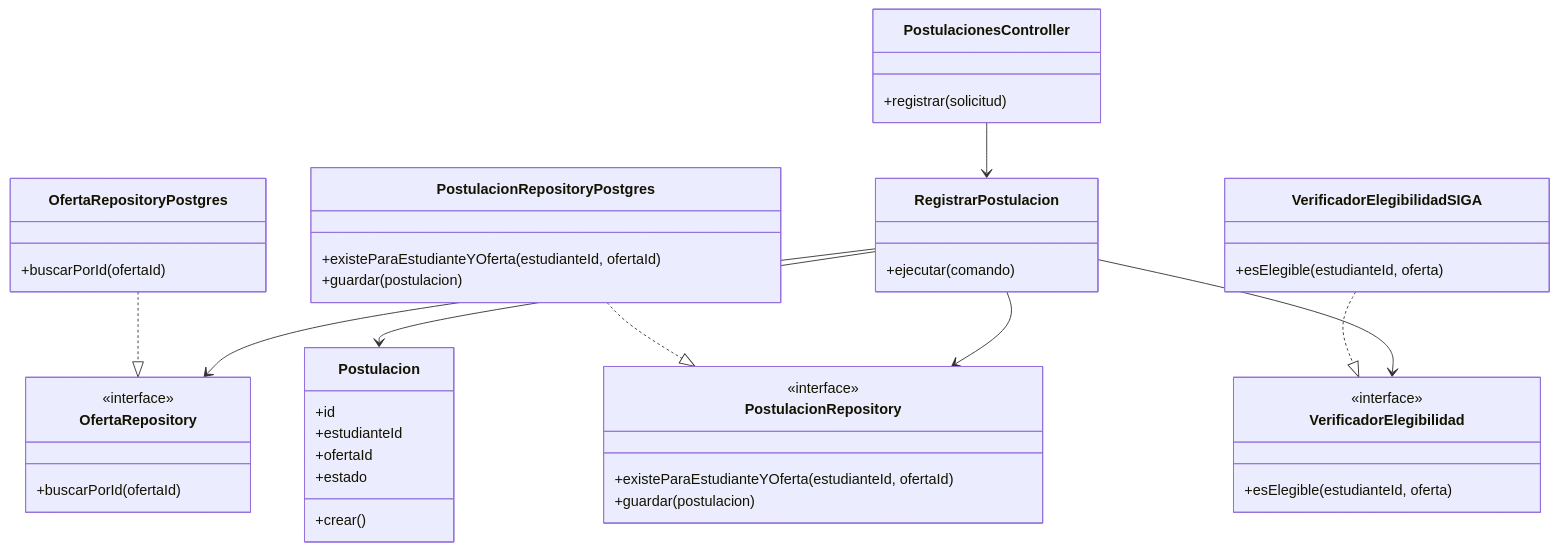
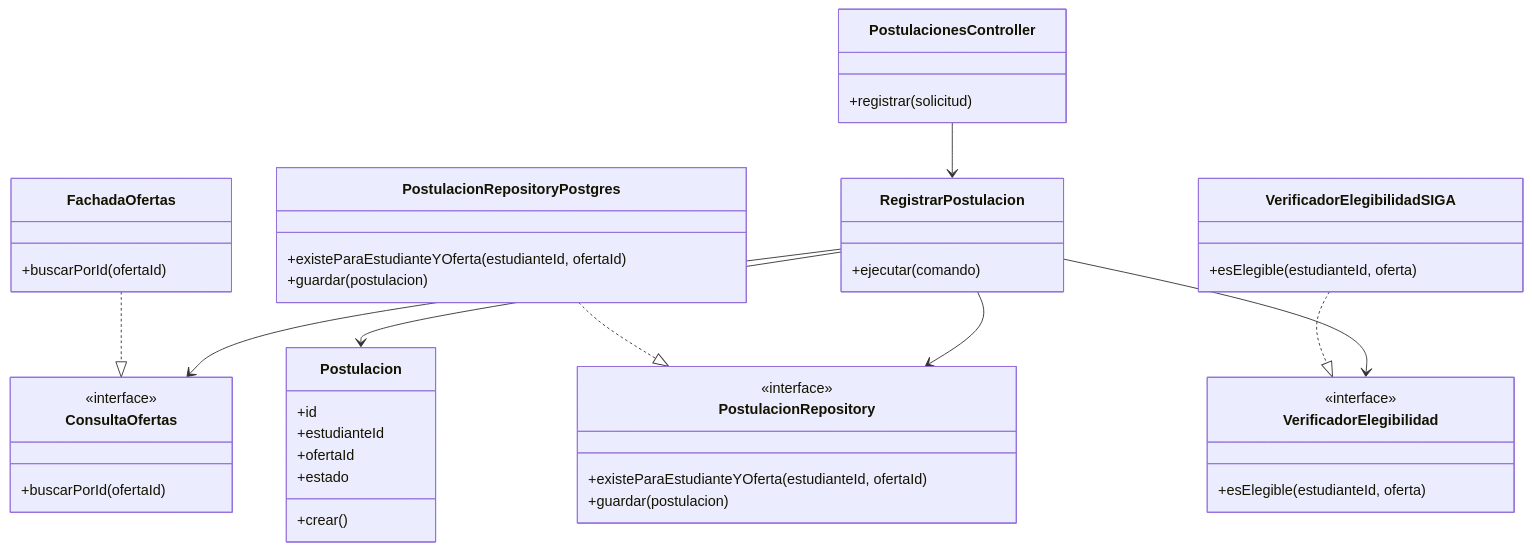
One commit to Jhoncode987/Sistema-de-Gestion-y-Publicacion-Practicas-Preprofesionales changed the fourth of 4 diagrams in docs/02-arquitectura/diagramas-c4/diagramas-c4.md. Above: the diagram before and after it, drawn with Mermaid. The commit also changed other lines of this file and 13 other files, not shown here.

Commit message:
docs: conservar arquitectura y diagramas originales y detallar los siete módulos

````diff
--- a/docs/02-arquitectura/diagramas-c4/diagramas-c4.md
+++ b/docs/02-arquitectura/diagramas-c4/diagramas-c4.md
@@ -158,48 +165,48 @@
 ```mermaid
 classDiagram
     class PostulacionesController {
         +registrar(solicitud)
     }
     class RegistrarPostulacion {
         +ejecutar(comando)
     }
     class Postulacion {
         +id
         +estudianteId
         +ofertaId
         +estado
         +crear()
     }
-    class OfertaRepository {
+    class ConsultaOfertas {
         <<interface>>
         +buscarPorId(ofertaId)
     }
     class PostulacionRepository {
         <<interface>>
         +existeParaEstudianteYOferta(estudianteId, ofertaId)
         +guardar(postulacion)
     }
     class VerificadorElegibilidad {
         <<interface>>
         +esElegible(estudianteId, oferta)
     }
-    class OfertaRepositoryPostgres {
+    class FachadaOfertas {
         +buscarPorId(ofertaId)
     }
     class PostulacionRepositoryPostgres {
         +existeParaEstudianteYOferta(estudianteId, ofertaId)
         +guardar(postulacion)
     }
     class VerificadorElegibilidadSIGA {
         +esElegible(estudianteId, oferta)
     }
 
     PostulacionesController --> RegistrarPostulacion
-    RegistrarPostulacion --> OfertaRepository
+    RegistrarPostulacion --> ConsultaOfertas
     RegistrarPostulacion --> PostulacionRepository
     RegistrarPostulacion --> VerificadorElegibilidad
     RegistrarPostulacion --> Postulacion
-    OfertaRepositoryPostgres ..|> OfertaRepository
+    FachadaOfertas ..|> ConsultaOfertas
     PostulacionRepositoryPostgres ..|> PostulacionRepository
     VerificadorElegibilidadSIGA ..|> VerificadorElegibilidad
 ```
````
